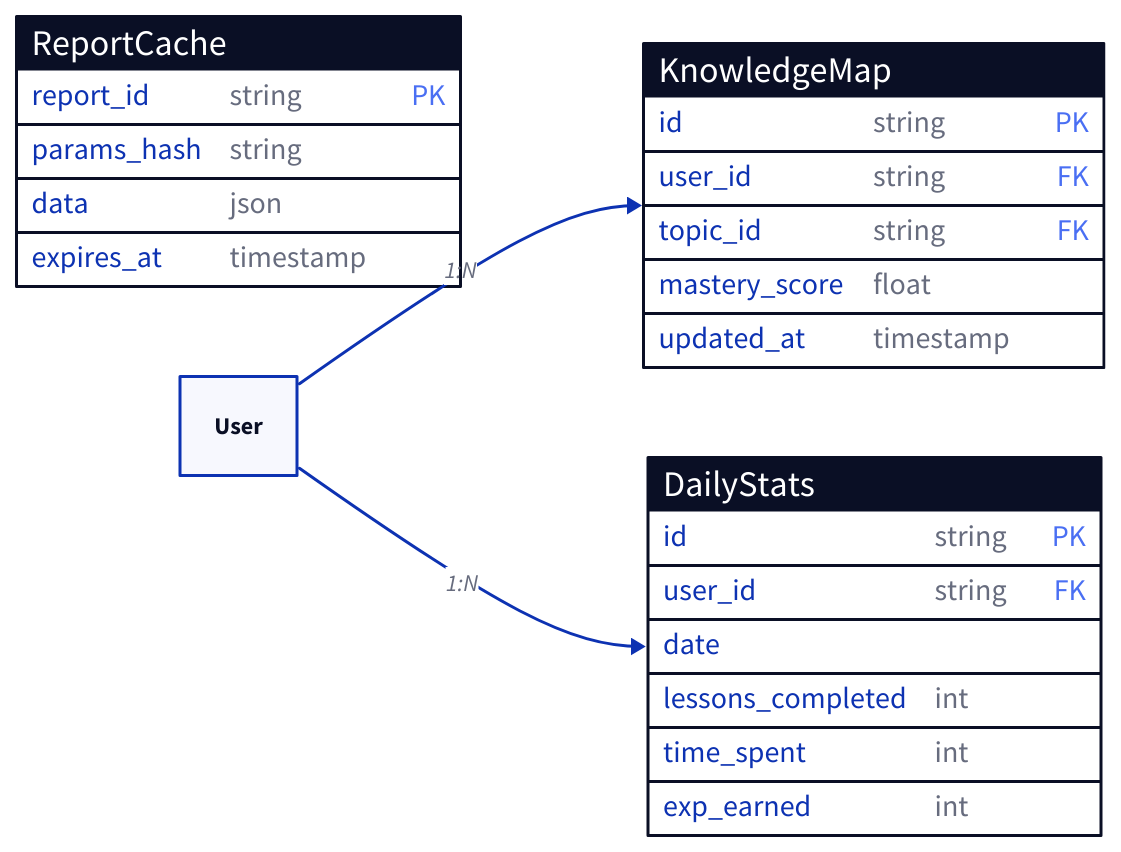
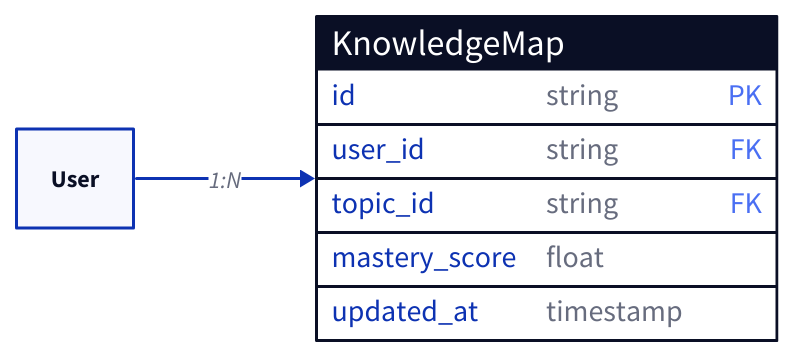
One commit to philongdanh/lms changed the fourth of 4 diagrams in spec/modules/analytics.md. Above: the diagram before and after it, drawn with D2. The commit also changed 100 other files, not shown here.

````diff
--- a/spec/modules/analytics.md
+++ b/spec/modules/analytics.md
@@ -91,33 +91,14 @@
 ```d2
 direction: right
 
 KnowledgeMap: {
   shape: sql_table
   id: string {constraint: primary_key}
   user_id: string {constraint: foreign_key}
   topic_id: string {constraint: foreign_key}
   mastery_score: float
   updated_at: timestamp
 }
 
-DailyStats: {
-  shape: sql_table
-  id: string {constraint: primary_key}
-  user_id: string {constraint: foreign_key}
-  date: date
-  lessons_completed: int
-  time_spent: int
-  exp_earned: int
-}
-
-ReportCache: {
-  shape: sql_table
-  report_id: string {constraint: primary_key}
-  params_hash: string
-  data: json
-  expires_at: timestamp
-}
-
 User -> KnowledgeMap: 1:N
-User -> DailyStats: 1:N
 ```
````
